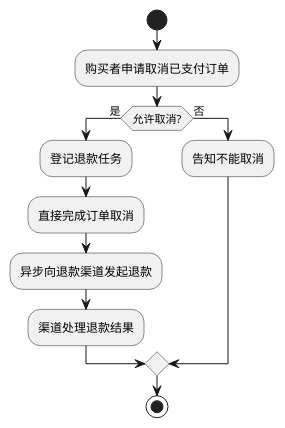
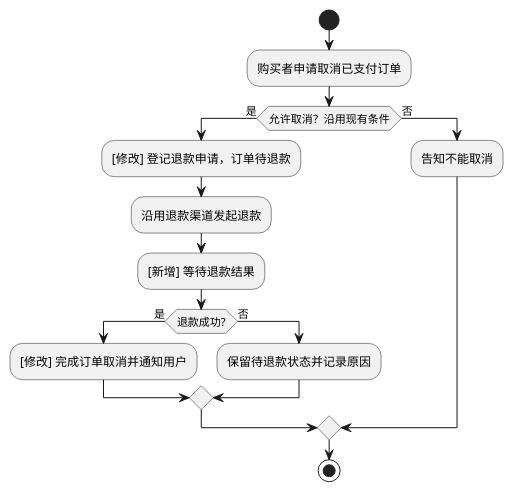
Before and after one commit to Leeycw96/harness-project: the first of 2 diagrams in keel-plan/skills/keel-plan/assets/plan-review-template.md, drawn with PlantUML. The commit also changed other lines of this file and 20 other files, not shown here.

````diff
--- a/keel-plan/skills/keel-plan/assets/plan-review-template.md
+++ b/keel-plan/skills/keel-plan/assets/plan-review-template.md
@@ -15,15 +15,19 @@
 ```plantuml
 @startuml
 start
 :购买者申请取消已支付订单;
-if (允许取消?) then (是)
-  :登记退款任务;
-  :直接完成订单取消;
-  :异步向退款渠道发起退款;
-  :渠道处理退款结果;
+if (允许取消？沿用现有条件) then (是)
+  :[修改] 登记退款申请，订单待退款;
+  :沿用退款渠道发起退款;
+  :[新增] 等待退款结果;
+  if (退款成功?) then (是)
+    :[修改] 完成订单取消并通知用户;
+  else (否)
+    :保留待退款状态并记录原因;
+  endif
 else (否)
   :告知不能取消;
 endif
 stop
 @enduml
 ```
````
